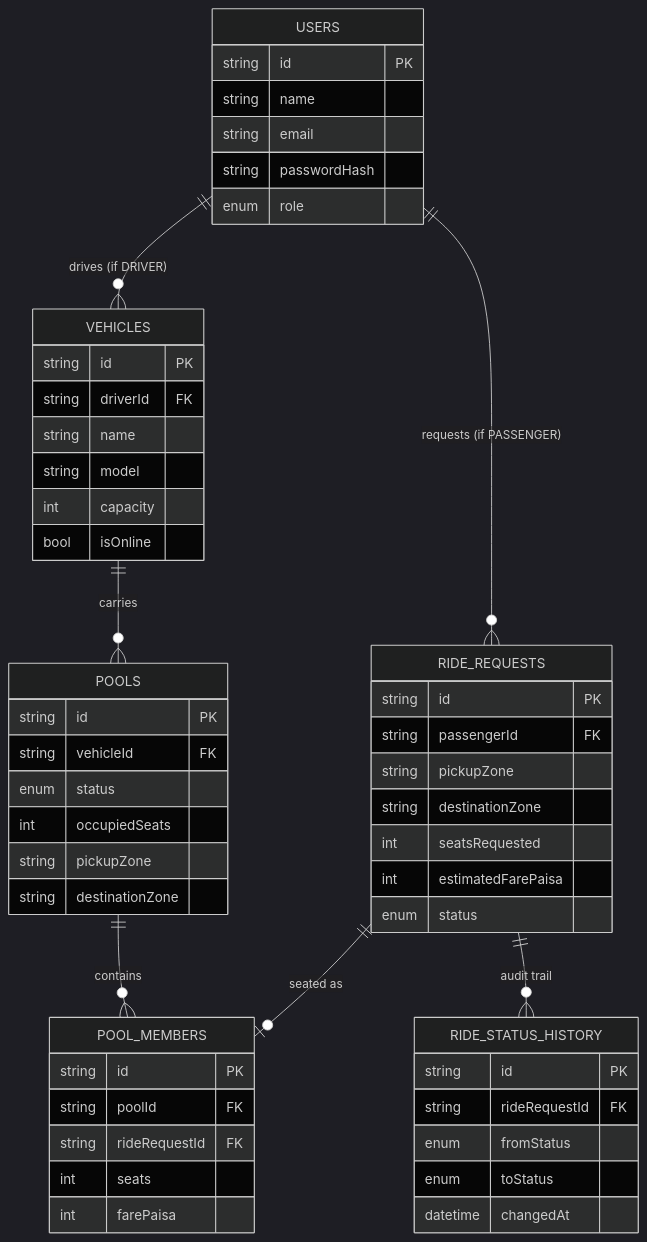
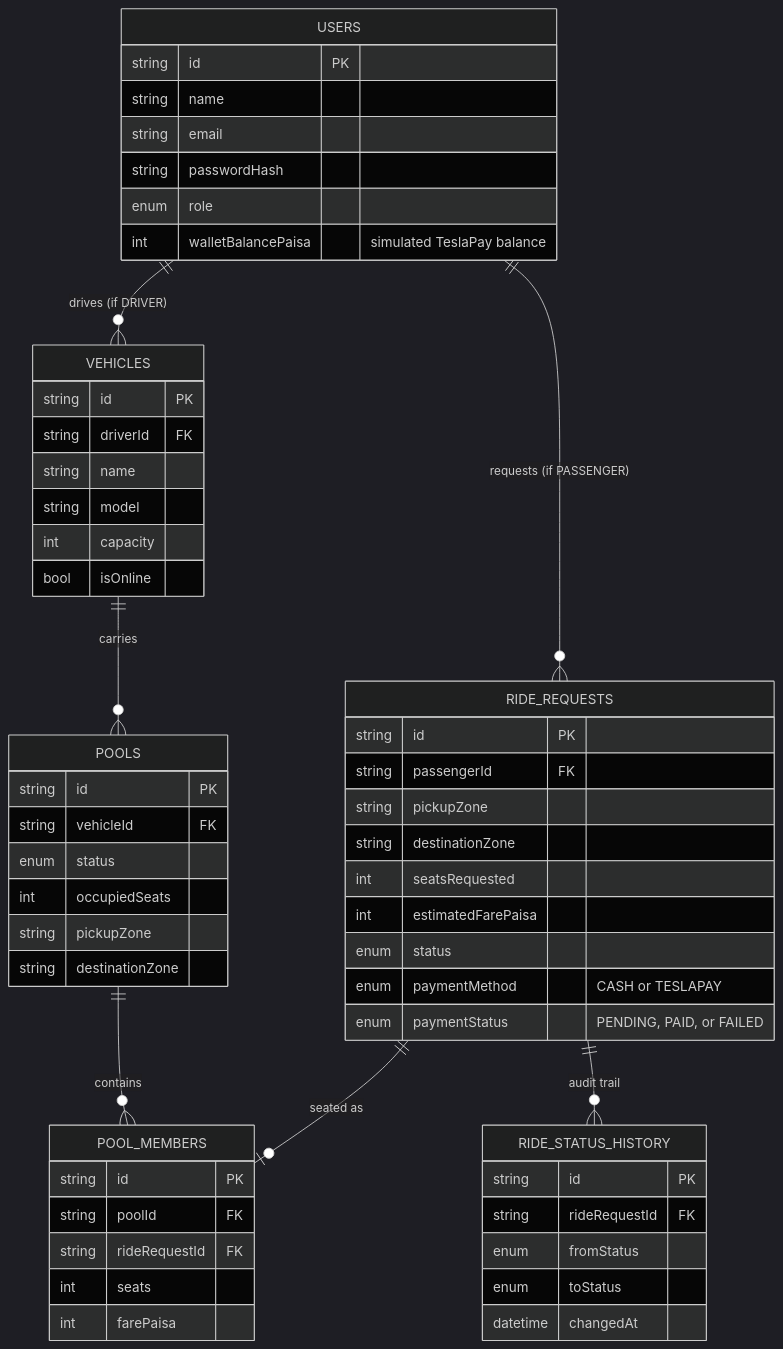
One commit to abunayem09101/dhaka-pool changed the second of 2 diagrams in README.md. Above: the diagram before and after it, drawn with Mermaid (dark theme). The commit also changed other lines of this file, not shown here.

First line of the commit message:
docs(readme): add tech justification, payment docs, and AI usage details

````diff
--- a/README.md
+++ b/README.md
@@ -93,56 +101,59 @@
 ```mermaid
 erDiagram
     USERS ||--o{ VEHICLES : "drives (if DRIVER)"
     USERS ||--o{ RIDE_REQUESTS : "requests (if PASSENGER)"
     VEHICLES ||--o{ POOLS : "carries"
     POOLS ||--o{ POOL_MEMBERS : "contains"
     RIDE_REQUESTS ||--o| POOL_MEMBERS : "seated as"
     RIDE_REQUESTS ||--o{ RIDE_STATUS_HISTORY : "audit trail"
 
     USERS {
         string id PK
         string name
         string email
         string passwordHash
         enum role
+        int walletBalancePaisa "simulated TeslaPay balance"
     }
     VEHICLES {
         string id PK
         string driverId FK
         string name
         string model
         int capacity
         bool isOnline
     }
     POOLS {
         string id PK
         string vehicleId FK
         enum status
         int occupiedSeats
         string pickupZone
         string destinationZone
     }
     POOL_MEMBERS {
         string id PK
         string poolId FK
         string rideRequestId FK
         int seats
         int farePaisa
     }
     RIDE_REQUESTS {
         string id PK
         string passengerId FK
         string pickupZone
         string destinationZone
         int seatsRequested
         int estimatedFarePaisa
         enum status
+        enum paymentMethod "CASH or TESLAPAY"
+        enum paymentStatus "PENDING, PAID, or FAILED"
     }
     RIDE_STATUS_HISTORY {
         string id PK
         string rideRequestId FK
         enum fromStatus
         enum toStatus
         datetime changedAt
     }
 ```
````
